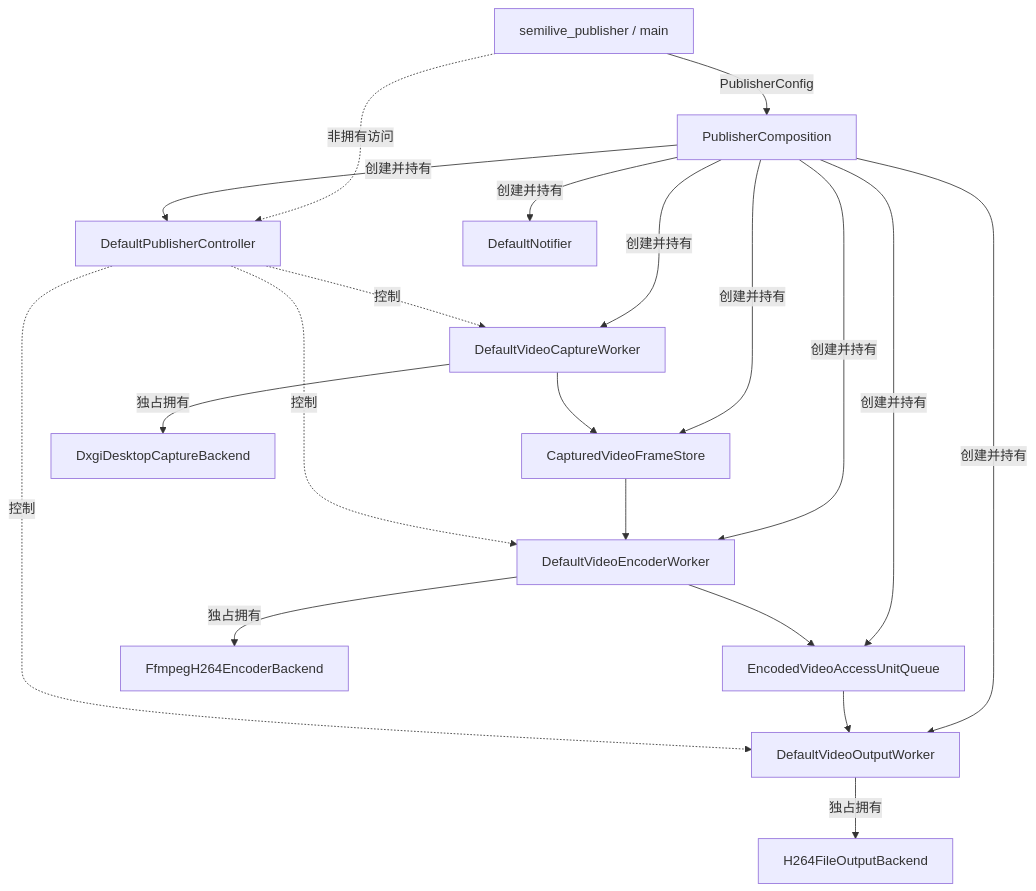
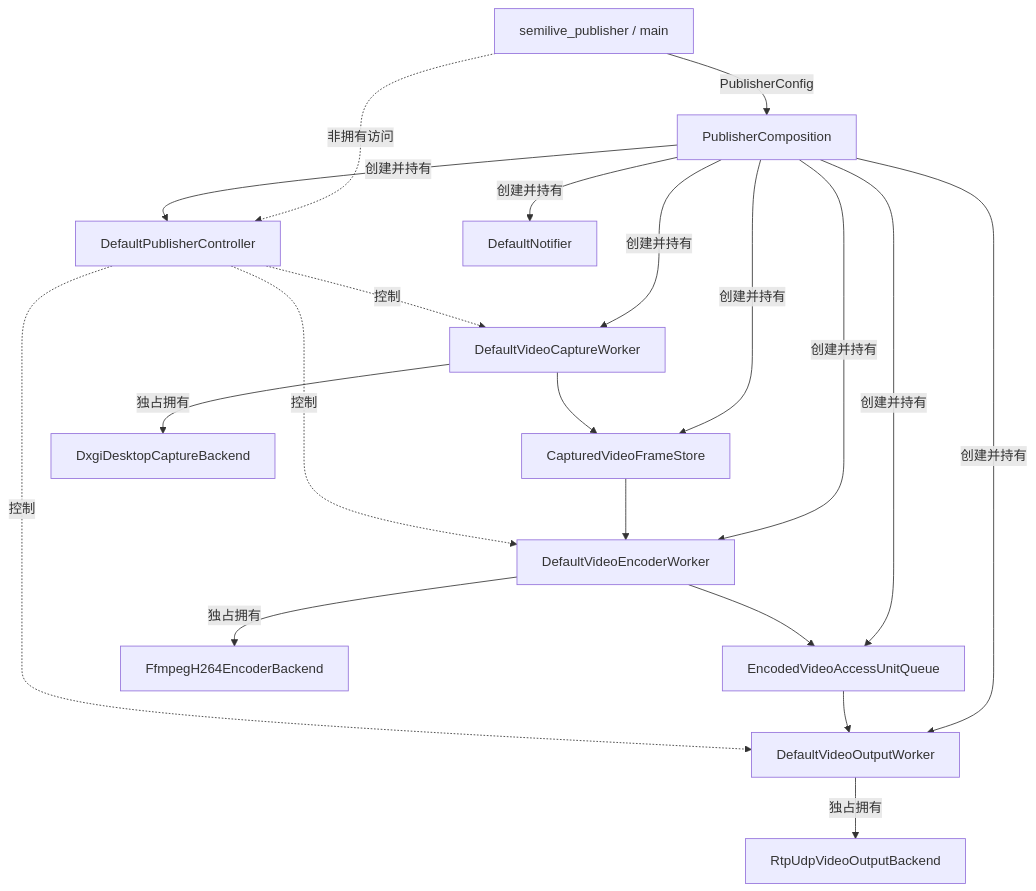
The diagram in docs/design/publisher/publisher-composition.md (Semiruyi/SemiLive), drawn with Mermaid before and after one commit. The commit also changed other lines of this file and 6 other files, not shown here.

First line of the commit message:
feat(publisher): enable RTP UDP video output

````diff
--- a/docs/design/publisher/publisher-composition.md
+++ b/docs/design/publisher/publisher-composition.md
@@ -17,31 +14,31 @@
 ```mermaid
 flowchart TB
     Main[semilive_publisher / main]
     Composition[PublisherComposition]
     Controller[DefaultPublisherController]
 
     Main -->|PublisherConfig| Composition
     Main -.->|非拥有访问| Controller
     Composition -->|创建并持有| Controller
 
     Composition -->|创建并持有| Notifier[DefaultNotifier]
     Composition -->|创建并持有| FrameStore[CapturedVideoFrameStore]
     Composition -->|创建并持有| AuQueue[EncodedVideoAccessUnitQueue]
 
     Composition -->|创建并持有| Capture[DefaultVideoCaptureWorker]
     Composition -->|创建并持有| Encoder[DefaultVideoEncoderWorker]
     Composition -->|创建并持有| Output[DefaultVideoOutputWorker]
 
     Capture -->|独占拥有| Dxgi[DxgiDesktopCaptureBackend]
     Encoder -->|独占拥有| Ffmpeg[FfmpegH264EncoderBackend]
-    Output -->|独占拥有| File[H264FileOutputBackend]
+    Output -->|独占拥有| Rtp[RtpUdpVideoOutputBackend]
 
     Capture --> FrameStore
     FrameStore --> Encoder
     Encoder --> AuQueue
     AuQueue --> Output
 
     Controller -.->|控制| Capture
     Controller -.->|控制| Encoder
     Controller -.->|控制| Output
 ```
````
